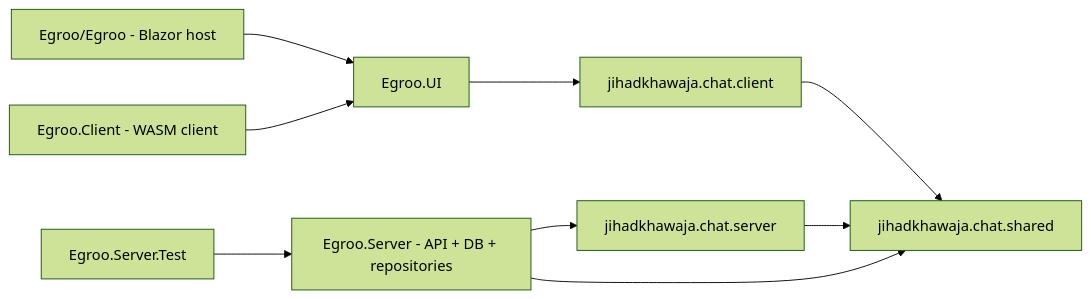
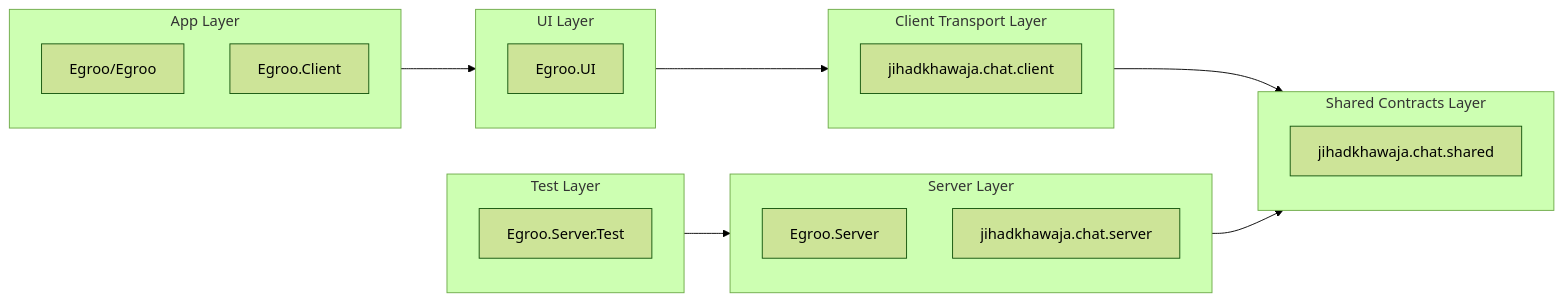
The second of 6 diagrams in README.md (jihadkhawaja/Egroo), drawn with Mermaid (forest theme) before and after one commit. The commit also changed other lines of this file and 106 other files, not shown here.

````diff
--- a/README.md
+++ b/README.md
@@ -69,11 +84,40 @@
 ```mermaid
 flowchart LR
-  Egroo["Egroo/Egroo - Blazor host"] --> UI["Egroo.UI"]
-  EgrooClient["Egroo.Client - WASM client"] --> UI
-  UI --> ChatClient["jihadkhawaja.chat.client"]
-  ChatClient --> Shared["jihadkhawaja.chat.shared"]
-  EgrooServer["Egroo.Server - API + DB + repositories"] --> ChatServer["jihadkhawaja.chat.server"]
-  ChatServer --> Shared
-  EgrooServer --> Shared
-  Tests["Egroo.Server.Test"] --> EgrooServer
+  subgraph AppLayer["App Layer"]
+    direction TB
+    EgrooHost["Egroo/Egroo"]
+    EgrooClient["Egroo.Client"]
+  end
+
+  subgraph UiLayer["UI Layer"]
+    direction TB
+    UiProject["Egroo.UI"]
+  end
+
+  subgraph ClientLayer["Client Transport Layer"]
+    direction TB
+    ClientProject["jihadkhawaja.chat.client"]
+  end
+
+  subgraph SharedLayer["Shared Contracts Layer"]
+    direction TB
+    SharedProject["jihadkhawaja.chat.shared"]
+  end
+
+  subgraph ServerLayer["Server Layer"]
+    direction TB
+    ServerProject["Egroo.Server"]
+    ChatServerProject["jihadkhawaja.chat.server"]
+  end
+
+  subgraph TestLayer["Test Layer"]
+    direction TB
+    TestProject["Egroo.Server.Test"]
+  end
+
+  AppLayer --> UiLayer
+  UiLayer --> ClientLayer
+  ClientLayer --> SharedLayer
+  ServerLayer --> SharedLayer
+  TestLayer --> ServerLayer
 ```
````
